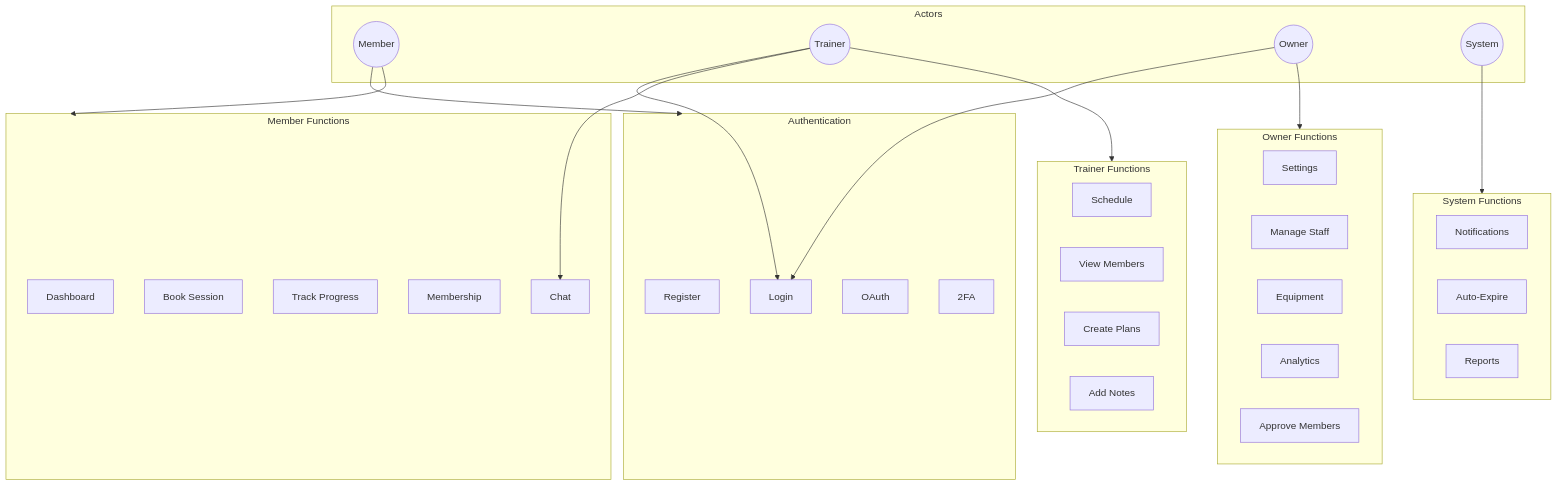
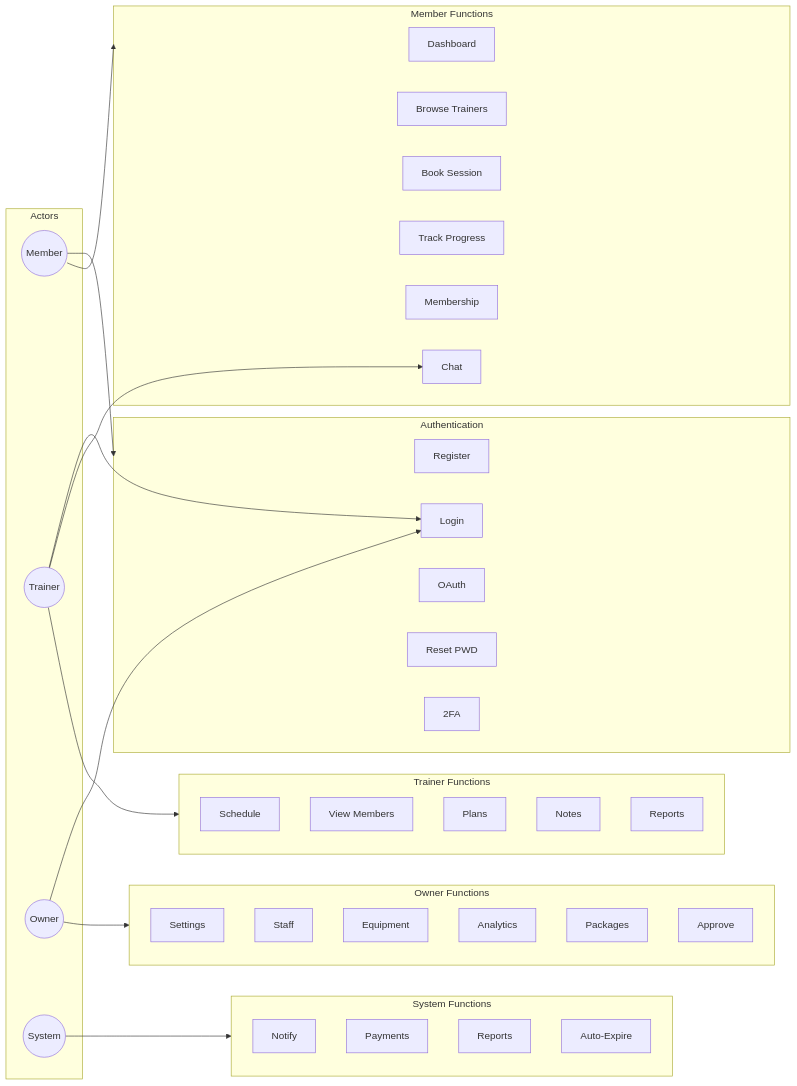
The second of 8 diagrams in docs/uml_diagrams.md (coded-with-aryan0426/gym-management-system-fullstack), drawn with Mermaid before and after one commit. The commit also changed other lines of this file and 16 other files, not shown here.

````diff
--- a/docs/uml_diagrams.md
+++ b/docs/uml_diagrams.md
@@ -148,54 +150,59 @@
 ```mermaid
-flowchart TB
-    subgraph Actors
+flowchart LR
+    subgraph Users[Actors]
         M((Member))
         T((Trainer))
         O((Owner))
         S((System))
     end
 
     subgraph Auth[Authentication]
         UC1[Register]
         UC2[Login]
         UC3[OAuth]
-        UC4[2FA]
+        UC4[Reset PWD]
+        UC5[2FA]
     end
 
-    subgraph MemberActions[Member Functions]
-        UC5[Dashboard]
-        UC6[Book Session]
-        UC7[Track Progress]
-        UC8[Membership]
-        UC9[Chat]
+    subgraph MemberUC[Member Functions]
+        UC6[Dashboard]
+        UC7[Browse Trainers]
+        UC8[Book Session]
+        UC9[Track Progress]
+        UC10[Membership]
+        UC11[Chat]
     end
 
-    subgraph TrainerActions[Trainer Functions]
-        UC10[Schedule]
-        UC11[View Members]
-        UC12[Create Plans]
-        UC13[Add Notes]
+    subgraph TrainerUC[Trainer Functions]
+        UC12[Schedule]
+        UC13[View Members]
+        UC14[Plans]
+        UC15[Notes]
+        UC16[Reports]
     end
 
-    subgraph OwnerActions[Owner Functions]
-        UC14[Settings]
-        UC15[Manage Staff]
-        UC16[Equipment]
-        UC17[Analytics]
-        UC18[Approve Members]
+    subgraph OwnerUC[Owner Functions]
+        UC17[Settings]
+        UC18[Staff]
+        UC19[Equipment]
+        UC20[Analytics]
+        UC21[Packages]
+        UC22[Approve]
     end
 
-    subgraph SystemActions[System Functions]
-        UC19[Notifications]
-        UC20[Auto-Expire]
-        UC21[Reports]
+    subgraph SysUC[System Functions]
+        UC23[Notify]
+        UC24[Payments]
+        UC25[Reports]
+        UC26[Auto-Expire]
     end
 
     M --> Auth
-    M --> MemberActions
+    M --> MemberUC
     T --> UC2
-    T --> TrainerActions
-    T --> UC9
+    T --> TrainerUC
+    T --> UC11
     O --> UC2
-    O --> OwnerActions
-    S --> SystemActions
+    O --> OwnerUC
+    S --> SysUC
 ```
````
